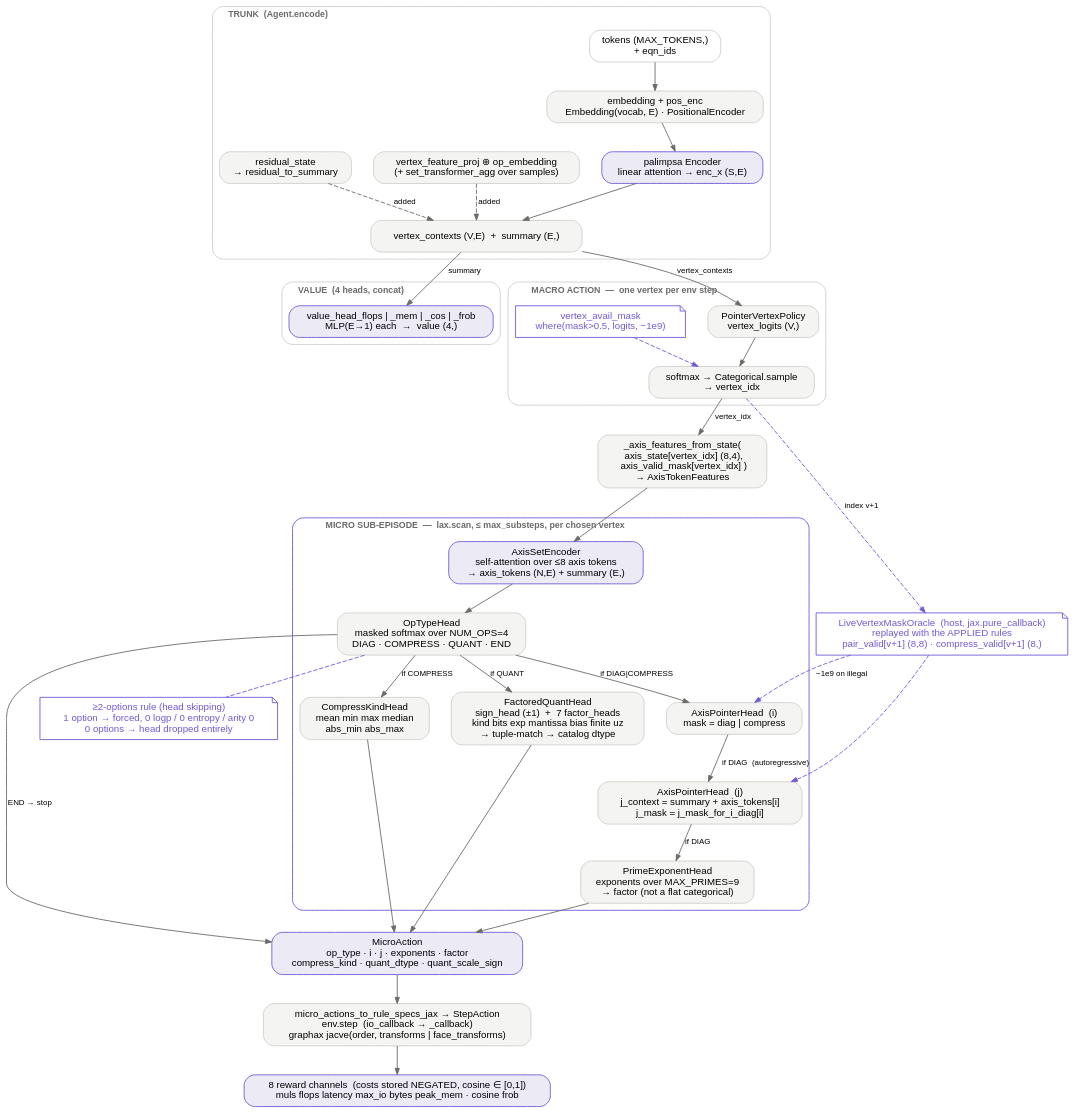
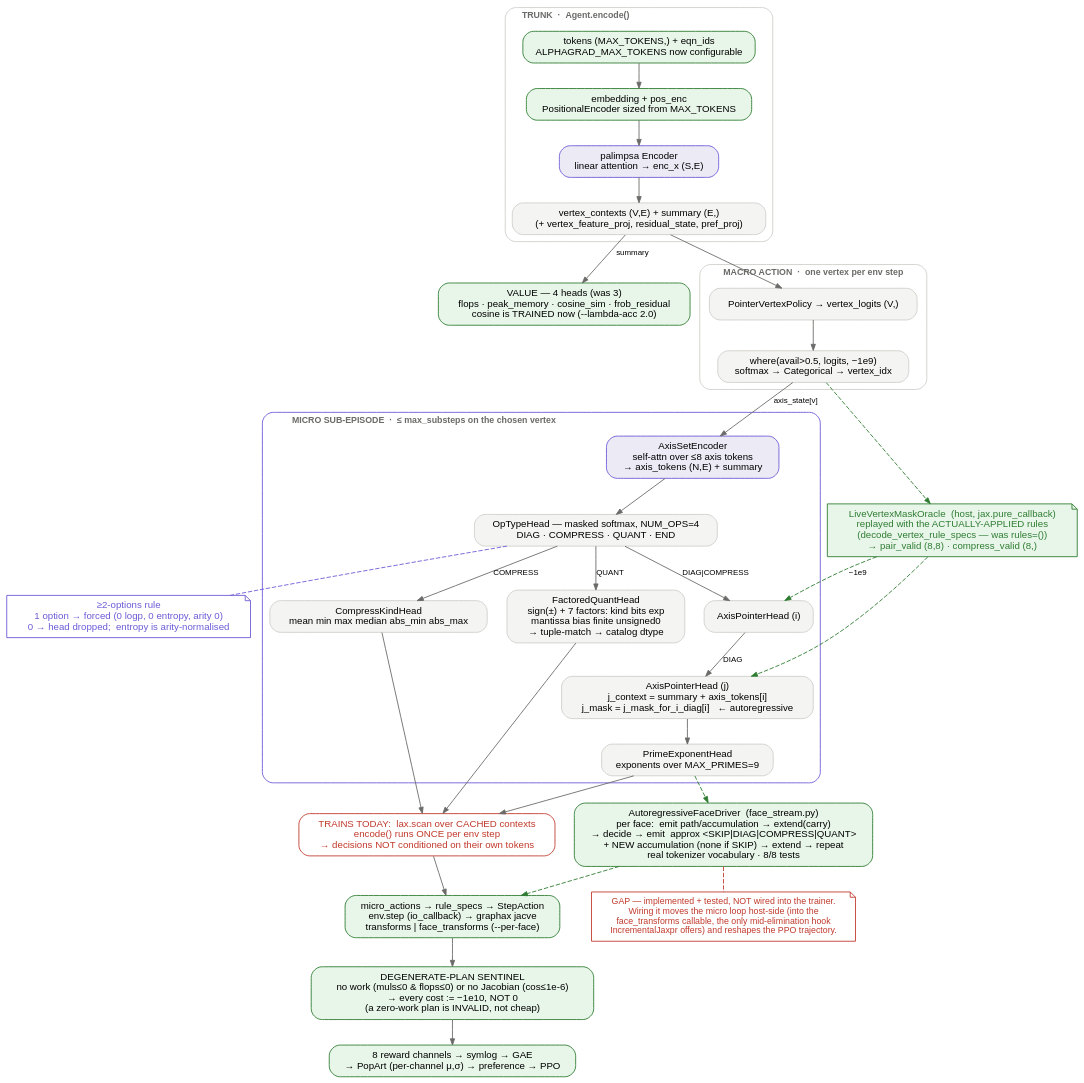
The diagram in docs/policy_forward.dot (fl0pedro/alphagrad), drawn with Graphviz before and after one commit. The commit also changed 1 other file, not shown here.

Commit message:
docs: redraw the policy net with this cycle's fixes
Green = added/fixed: 4 value heads (cosine_sim is now a TRAINED head — it was
absent, which was the collapse cause), the oracle replaying with the
actually-applied rules, configurable MAX_TOKENS with the positional encoder
sized from it, the degenerate-plan sentinel, PopArt in the reward path,
--per-face application, and AutoregressiveFaceDriver.

Red = the honest remaining gap, drawn as two consumers of the same heads: the
lax.scan over CACHED contexts is what trains today (encode() once per env step,
so decisions are not conditioned on their own tokens), while the
autoregressive driver — emit path/accumulation, extend the palimpsa carry,
decide, emit approx head + new accumulation, extend, repeat — is built and
green at 8/8 but not yet driving the trainer.

```diff
--- a/docs/policy_forward.dot
+++ b/docs/policy_forward.dot
@@ -1,123 +1,123 @@
-// Policy forward pass for ONE env step (nn256 / PPO / --dynamic-substeps).
+// Policy net — current state after this cycle's fixes (nn256 / PPO).
 //
-// Traced from source, not prose:
-//   Agent fields + Agent.encode          -> approx/ppo.py  (class Agent)
-//   Agent.sample_action_dynamic          -> approx/ppo.py:917
-//   MicroActionPolicy / MicroActionHead  -> approx/heads.py
-//   MicroActionHead.sample_step          -> approx/heads.py (head call order)
-//   FACTOR_ORDER                         -> approx/quant_factoring.py:37
-//   MAX_AXES_PER_VERTEX=8, AXIS_FEATURE_DIM=4 -> approx/env.py:359-360
-//   NUM_OPS=4, MAX_PRIMES=9, COMPRESS_KINDS   -> approx/heads.py:83,97,89
+// Traced from source:
+//   Agent fields, Agent.encode, sample_action_dynamic -> approx/ppo.py
+//   MicroActionHead.sample_step head order            -> approx/heads.py
+//   FACTOR_ORDER (7 quant factors)                    -> approx/quant_factoring.py:37
+//   AutoregressiveFaceDriver                          -> approx/face_stream.py
+//   decode_vertex_rule_specs (oracle replay)          -> approx/env.py:1060
+//   _SENTINEL_BAD_REWARD (degenerate guard)           -> approx/env.py
+//   MAX_AXES_PER_VERTEX=8, NUM_OPS=4, MAX_PRIMES=9    -> approx/env.py:359, heads.py:83,97
+//
+// LEGEND
+//   green = added / fixed this cycle
+//   red   = the one remaining gap (module exists + tested, not driving training)
 //
 // Render:  dot -Tsvg policy_forward.dot -o policy_forward.svg
 
-digraph policy_forward {
+digraph policy_net {
   rankdir=TB;
   bgcolor="transparent";
   compound=true;
   splines=spline;
-  nodesep=0.35;
-  ranksep=0.45;
+  nodesep=0.30;
+  ranksep=0.38;
   node [shape=box, style="rounded,filled", fillcolor="#f4f4f2",
         color="#d0cfca", fontname="Helvetica", fontsize=11,
-        margin="0.14,0.09"];
+        margin="0.13,0.08"];
   edge [color="#6a6a68", arrowsize=0.7, fontname="Helvetica", fontsize=9];
 
-  // ---------------- observation + trunk ----------------
+  // ------------------------------------------------ trunk
   subgraph cluster_trunk {
-    label="TRUNK  (Agent.encode)";
+    label="TRUNK  ·  Agent.encode()";
     labeljust="l"; fontname="Helvetica-Bold"; fontsize=10; fontcolor="#6a6a68";
     color="#d0cfca"; style="rounded";
 
-    tokens   [label="tokens (MAX_TOKENS,)\n+ eqn_ids", fillcolor="#ffffff"];
-    embed    [label="embedding + pos_enc\nEmbedding(vocab, E) · PositionalEncoder"];
-    encoder  [label="palimpsa Encoder\nlinear attention → enc_x (S,E)",
-              fillcolor="#eceaf5", color="#6b5bd6"];
-    vfeat    [label="vertex_feature_proj ⊕ op_embedding\n(+ set_transformer_agg over samples)"];
-    resid    [label="residual_state\n→ residual_to_summary"];
-    ctx      [label="vertex_contexts (V,E)  +  summary (E,)"];
-
-    tokens -> embed -> encoder -> ctx;
-    vfeat  -> ctx [style=dashed, label="added"];
-    resid  -> ctx [style=dashed, label="added"];
+    tok [label="tokens (MAX_TOKENS,) + eqn_ids\nALPHAGRAD_MAX_TOKENS now configurable",
+         fillcolor="#e8f5e9", color="#2e7d32"];
+    emb [label="embedding + pos_enc\nPositionalEncoder sized from MAX_TOKENS",
+         fillcolor="#e8f5e9", color="#2e7d32"];
+    enc [label="palimpsa Encoder\nlinear attention → enc_x (S,E)",
+         fillcolor="#eceaf5", color="#6b5bd6"];
+    ctx [label="vertex_contexts (V,E) + summary (E,)\n(+ vertex_feature_proj, residual_state, pref_proj)"];
+    tok -> emb -> enc -> ctx;
   }
 
-  // ---------------- value ----------------
-  subgraph cluster_value {
-    label="VALUE  (4 heads, concat)";
+  // ------------------------------------------------ value
+  vhead [label="VALUE — 4 heads (was 3)\nflops · peak_memory · cosine_sim · frob_residual\ncosine is TRAINED now (--lambda-acc 2.0)",
+         fillcolor="#e8f5e9", color="#2e7d32"];
+  ctx -> vhead [label="summary"];
+
+  // ------------------------------------------------ macro
+  subgraph cluster_macro {
+    label="MACRO ACTION  ·  one vertex per env step";
     labeljust="l"; fontname="Helvetica-Bold"; fontsize=10; fontcolor="#6a6a68";
     color="#d0cfca"; style="rounded";
-    vhead [label="value_head_flops | _mem | _cos | _frob\nMLP(E→1) each  →  value (4,)",
-           fillcolor="#eceaf5", color="#6b5bd6"];
+    vpol [label="PointerVertexPolicy → vertex_logits (V,)"];
+    vsam [label="where(avail>0.5, logits, −1e9)\nsoftmax → Categorical → vertex_idx"];
+    vpol -> vsam;
   }
-  ctx -> vhead [label="summary"];
+  ctx -> vpol;
 
-  // ---------------- macro action ----------------
-  subgraph cluster_macro {
-    label="MACRO ACTION  —  one vertex per env step";
-    labeljust="l"; fontname="Helvetica-Bold"; fontsize=10; fontcolor="#6a6a68";
-    color="#d0cfca"; style="rounded";
+  oracle [label="LiveVertexMaskOracle  (host, jax.pure_callback)\nreplayed with the ACTUALLY-APPLIED rules\n(decode_vertex_rule_specs — was rules=())\n→ pair_valid (8,8) · compress_valid (8,)",
+          shape=note, fillcolor="#e8f5e9", color="#2e7d32", fontcolor="#2e7d32"];
+  vsam -> oracle [style=dashed, color="#2e7d32"];
 
-    vpol  [label="PointerVertexPolicy\nvertex_logits (V,)"];
-    vmask [label="vertex_avail_mask\nwhere(mask>0.5, logits, −1e9)",
-           shape=note, fillcolor="#ffffff", color="#6b5bd6", fontcolor="#6b5bd6"];
-    vsamp [label="softmax → Categorical.sample\n→ vertex_idx"];
-
-    vpol -> vsamp;
-    vmask -> vsamp [color="#6b5bd6", style=dashed];
-  }
-  ctx -> vpol [label="vertex_contexts"];
-
-  // ---------------- per-vertex features + live masks ----------------
-  axfeat [label="_axis_features_from_state(\n  axis_state[vertex_idx] (8,4),\n  axis_valid_mask[vertex_idx] )\n→ AxisTokenFeatures"];
-  oracle [label="LiveVertexMaskOracle  (host, jax.pure_callback)\nreplayed with the APPLIED rules\npair_valid[v+1] (8,8) · compress_valid[v+1] (8,)",
-          shape=note, fillcolor="#ffffff", color="#6b5bd6", fontcolor="#6b5bd6"];
-
-  vsamp -> axfeat [label="vertex_idx"];
-  vsamp -> oracle [label="index v+1", color="#6b5bd6", style=dashed];
-
-  // ---------------- micro sub-episode ----------------
+  // ------------------------------------------------ micro heads
   subgraph cluster_micro {
-    label="MICRO SUB-EPISODE  —  lax.scan, ≤ max_substeps, per chosen vertex";
+    label="MICRO SUB-EPISODE  ·  ≤ max_substeps on the chosen vertex";
     labeljust="l"; fontname="Helvetica-Bold"; fontsize=10; fontcolor="#6a6a68";
     color="#6b5bd6"; style="rounded";
 
-    aenc [label="AxisSetEncoder\nself-attention over ≤8 axis tokens\n→ axis_tokens (N,E) + summary (E,)",
+    aenc [label="AxisSetEncoder\nself-attn over ≤8 axis tokens\n→ axis_tokens (N,E) + summary",
           fillcolor="#eceaf5", color="#6b5bd6"];
-
-    ophd [label="OpTypeHead\nmasked softmax over NUM_OPS=4\nDIAG · COMPRESS · QUANT · END"];
-    ihd  [label="AxisPointerHead  (i)\nmask = diag | compress"];
-    jhd  [label="AxisPointerHead  (j)\nj_context = summary + axis_tokens[i]\nj_mask = j_mask_for_i_diag[i]"];
-    fhd  [label="PrimeExponentHead\nexponents over MAX_PRIMES=9\n→ factor (not a flat categorical)"];
-    khd  [label="CompressKindHead\nmean min max median\nabs_min abs_max"];
-    qhd  [label="FactoredQuantHead\nsign_head (±1)  +  7 factor_heads\nkind bits exp mantissa bias finite uz\n→ tuple-match → catalog dtype"];
+    ophd [label="OpTypeHead — masked softmax, NUM_OPS=4\nDIAG · COMPRESS · QUANT · END"];
+    ihd  [label="AxisPointerHead (i)"];
+    jhd  [label="AxisPointerHead (j)\nj_context = summary + axis_tokens[i]\nj_mask = j_mask_for_i_diag[i]   ← autoregressive"];
+    fhd  [label="PrimeExponentHead\nexponents over MAX_PRIMES=9"];
+    khd  [label="CompressKindHead\nmean min max median abs_min abs_max"];
+    qhd  [label="FactoredQuantHead\nsign(±) + 7 factors: kind bits exp\nmantissa bias finite unsigned0\n→ tuple-match → catalog dtype"];
 
     aenc -> ophd;
-    ophd -> ihd  [label="if DIAG|COMPRESS"];
-    ihd  -> jhd  [label="if DIAG  (autoregressive)"];
-    jhd  -> fhd  [label="if DIAG"];
-    ophd -> khd  [label="if COMPRESS"];
-    ophd -> qhd  [label="if QUANT"];
+    ophd -> ihd [label="DIAG|COMPRESS"];
+    ihd  -> jhd [label="DIAG"];
+    jhd  -> fhd;
+    ophd -> khd [label="COMPRESS"];
+    ophd -> qhd [label="QUANT"];
   }
+  vsam   -> aenc [label="axis_state[v]"];
+  oracle -> ihd  [style=dashed, color="#2e7d32", label="−1e9"];
+  oracle -> jhd  [style=dashed, color="#2e7d32"];
 
-  axfeat -> aenc;
-  oracle -> ihd [color="#6b5bd6", style=dashed, label="−1e9 on illegal"];
-  oracle -> jhd [color="#6b5bd6", style=dashed];
-
-  gate [label="≥2-options rule (head skipping)\n1 option → forced, 0 logp / 0 entropy / arity 0\n0 options → head dropped entirely",
+  gate [label="≥2-options rule\n1 option → forced (0 logp, 0 entropy, arity 0)\n0 → head dropped;  entropy is arity-normalised",
         shape=note, fillcolor="#ffffff", color="#6b5bd6", fontcolor="#6b5bd6"];
   ophd -> gate [style=dashed, color="#6b5bd6", dir=none];
 
-  // ---------------- action out ----------------
-  act [label="MicroAction\nop_type · i · j · exponents · factor\ncompress_kind · quant_dtype · quant_scale_sign",
-       fillcolor="#eceaf5", color="#6b5bd6"];
-  fhd -> act; khd -> act; qhd -> act; ophd -> act [label="END → stop"];
+  // ------------------------------------------------ two consumers of the heads
+  scan [label="TRAINS TODAY:  lax.scan over CACHED contexts\nencode() runs ONCE per env step\n→ decisions NOT conditioned on their own tokens",
+        fillcolor="#ffffff", color="#c0392b", fontcolor="#c0392b"];
 
-  env [label="micro_actions_to_rule_specs_jax → StepAction\nenv.step  (io_callback → _callback)\ngraphax jacve(order, transforms | face_transforms)"];
-  act -> env;
+  loop [label="AutoregressiveFaceDriver  (face_stream.py)\nper face:  emit path/accumulation → extend(carry)\n→ decide → emit  approx <SKIP|DIAG|COMPRESS|QUANT>\n+ NEW accumulation (none if SKIP) → extend → repeat\nreal tokenizer vocabulary · 8/8 tests",
+        fillcolor="#e8f5e9", color="#2e7d32"];
 
-  rew [label="8 reward channels  (costs stored NEGATED, cosine ∈ [0,1])\nmuls flops latency max_io bytes peak_mem · cosine frob",
-       fillcolor="#eceaf5", color="#6b5bd6"];
-  env -> rew;
+  gapnote [label="GAP — implemented + tested, NOT wired into the trainer.\nWiring it moves the micro loop host-side (into the\nface_transforms callable, the only mid-elimination hook\nIncrementalJaxpr offers) and reshapes the PPO trajectory.",
+           shape=note, fillcolor="#ffffff", color="#c0392b", fontcolor="#c0392b", fontsize=10];
+  loop -> gapnote [style=dashed, color="#c0392b", dir=none];
 
+  fhd -> scan; khd -> scan; qhd -> scan;
+  fhd -> loop [style=dashed, color="#2e7d32"];
+
+  // ------------------------------------------------ env + reward
+  env [label="micro_actions → rule_specs → StepAction\nenv.step (io_callback) → graphax jacve\ntransforms | face_transforms (--per-face)",
+       fillcolor="#e8f5e9", color="#2e7d32"];
+  scan -> env;
+  loop -> env [style=dashed, color="#2e7d32"];
+
+  sent [label="DEGENERATE-PLAN SENTINEL\nno work (muls≤0 & flops≤0) or no Jacobian (cos≤1e-6)\n→ every cost := −1e10, NOT 0\n(a zero-work plan is INVALID, not cheap)",
+        fillcolor="#e8f5e9", color="#2e7d32"];
+  env -> sent;
+
+  rew [label="8 reward channels → symlog → GAE\n→ PopArt (per-channel μ,σ) → preference → PPO",
+       fillcolor="#e8f5e9", color="#2e7d32"];
+  sent -> rew;
 }
```
